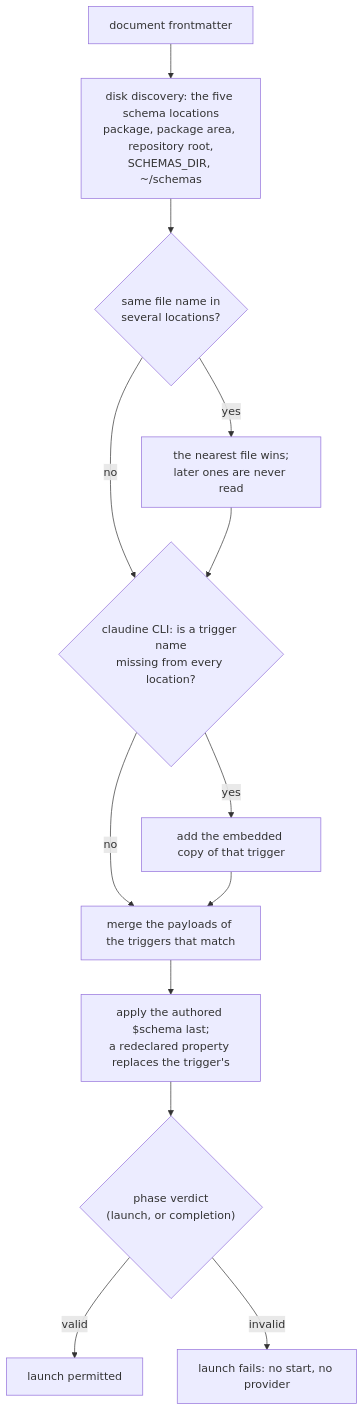
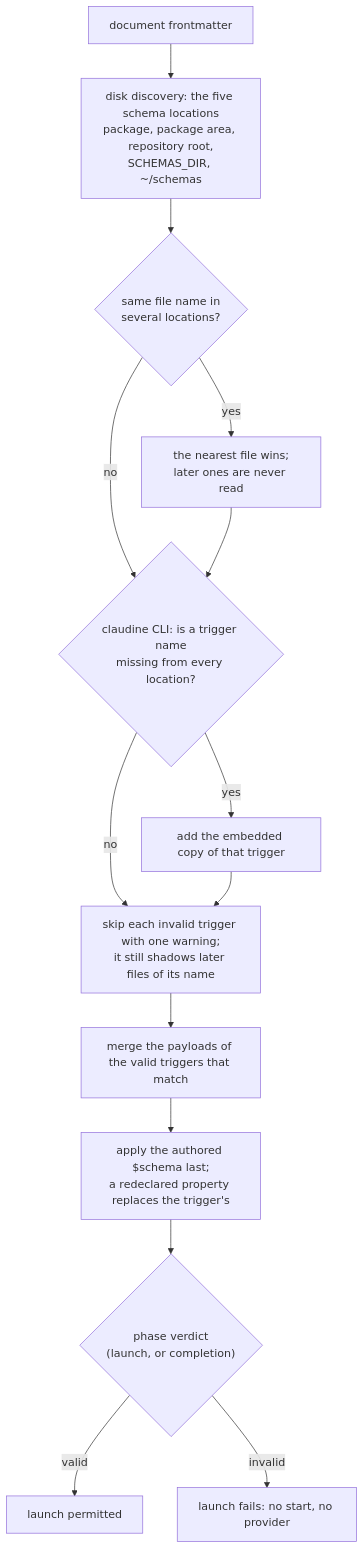
Before and after one commit to yankeeinlondon/rusty-biscuit: the third of 3 diagrams in claudine/docs/topics/schemas.md, drawn with Mermaid. The commit also changed other lines of this file and 5 other files, not shown here.

First line of the commit message:
docs(claudine): document trigger warning delivery

````diff
--- a/claudine/docs/topics/schemas.md
+++ b/claudine/docs/topics/schemas.md
@@ -943,15 +943,16 @@
 ```mermaid
 flowchart TD
     D["document frontmatter"] --> R["disk discovery: the five schema locations<br/>package, package area, repository root,<br/>SCHEMAS_DIR, ~/schemas"]
     R --> S{"same file name in<br/>several locations?"}
     S -- yes --> N["the nearest file wins;<br/>later ones are never read"]
     S -- no --> M
     N --> M{"claudine CLI: is a trigger name<br/>missing from every location?"}
     M -- yes --> E["add the embedded copy of that trigger"]
-    M -- no --> P
-    E --> P["merge the payloads of the triggers that match"]
+    M -- no --> I
+    E --> I["skip each invalid trigger with one warning;<br/>it still shadows later files of its name"]
+    I --> P["merge the payloads of the valid triggers that match"]
     P --> A["apply the authored $schema last;<br/>a redeclared property replaces the trigger's"]
     A --> V{"phase verdict<br/>(launch, or completion)"}
     V -- valid --> L["launch permitted"]
     V -- invalid --> F["launch fails: no start, no provider"]
 ```
````
